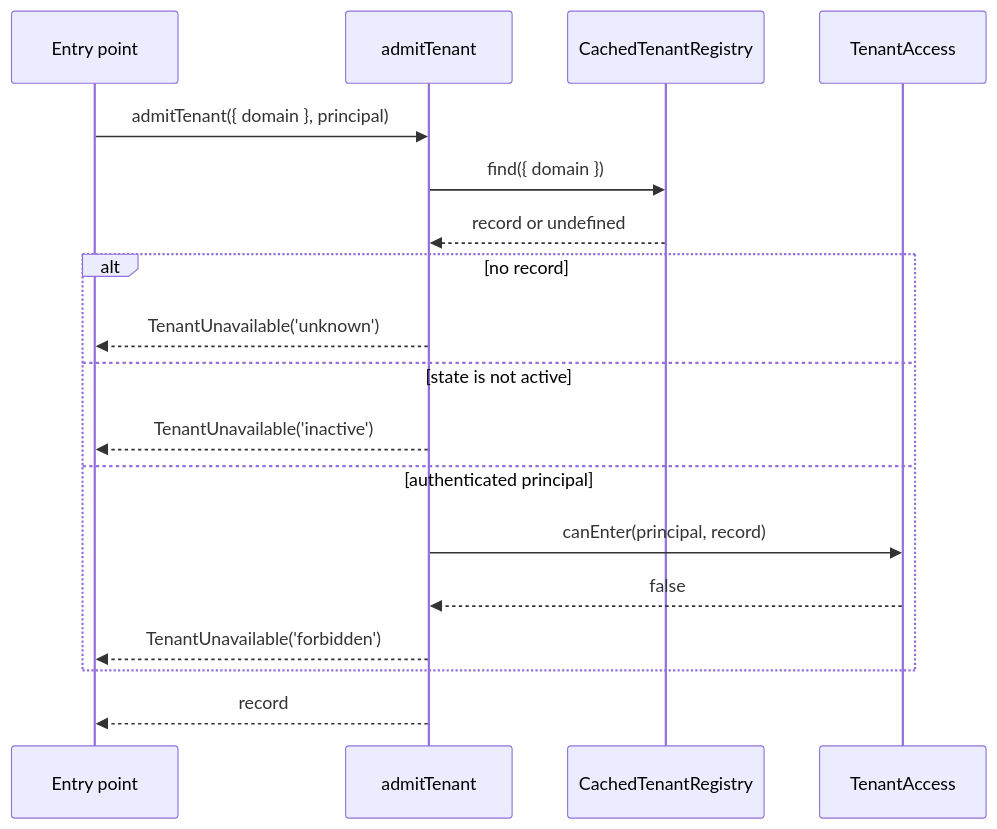
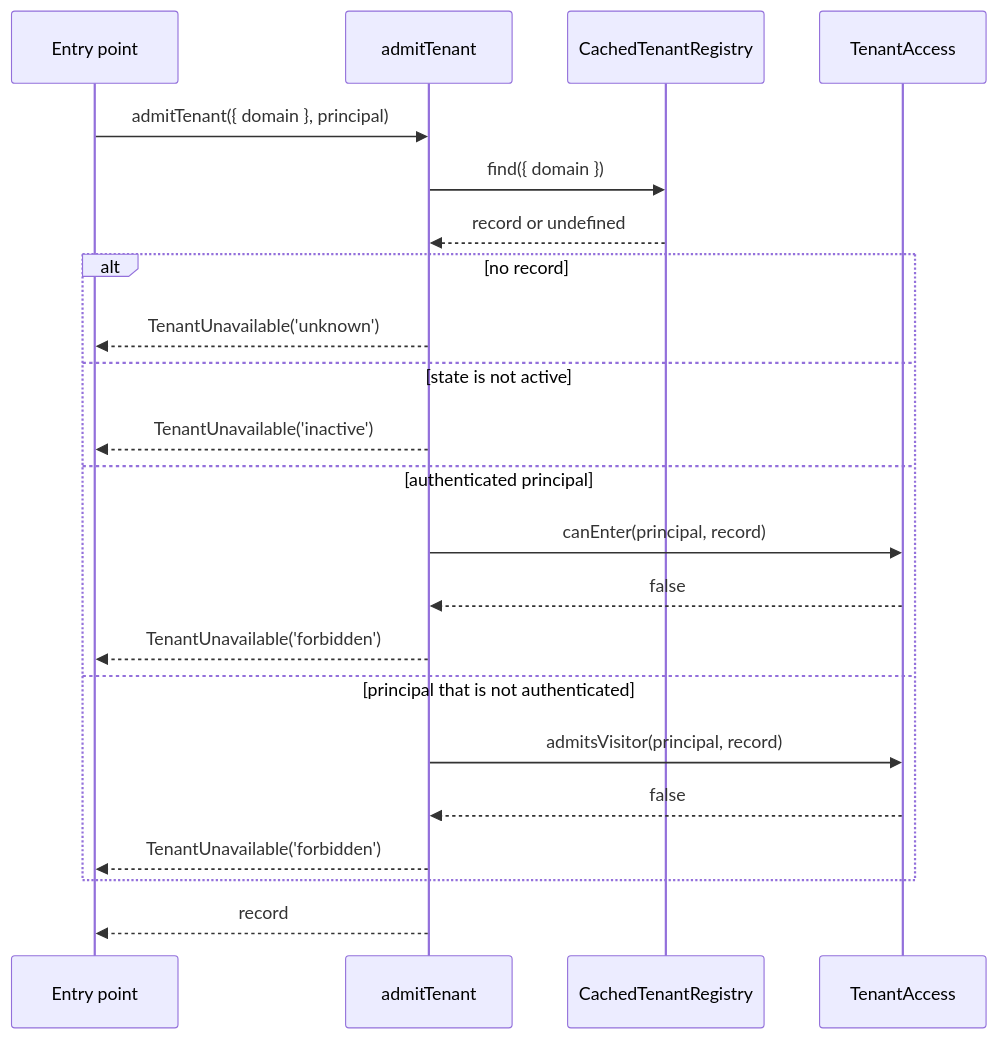
One commit to spinajs/main changed the diagram in docs/tenancy/04-admission-and-access.md. Above: the diagram before and after it, drawn with Mermaid. The commit also changed other lines of this file and 2 other files, not shown here.

Commit message:
docs(tenancy): when canEnter and admitsVisitor are asked, and when no rule is asked (queue, scheduler, CLI, HTTP without a principal)

````diff
--- a/docs/tenancy/04-admission-and-access.md
+++ b/docs/tenancy/04-admission-and-access.md
@@ -19,20 +19,24 @@
 ```mermaid
 sequenceDiagram
   participant Entry as Entry point
   participant admit as admitTenant
   participant Registry as CachedTenantRegistry
   participant Access as TenantAccess
   Entry->>admit: admitTenant({ domain }, principal)
   admit->>Registry: find({ domain })
   Registry-->>admit: record or undefined
   alt no record
     admit-->>Entry: TenantUnavailable('unknown')
   else state is not active
     admit-->>Entry: TenantUnavailable('inactive')
   else authenticated principal
     admit->>Access: canEnter(principal, record)
     Access-->>admit: false
     admit-->>Entry: TenantUnavailable('forbidden')
+  else principal that is not authenticated
+    admit->>Access: admitsVisitor(principal, record)
+    Access-->>admit: false
+    admit-->>Entry: TenantUnavailable('forbidden')
   end
   admit-->>Entry: record
 ```
````
